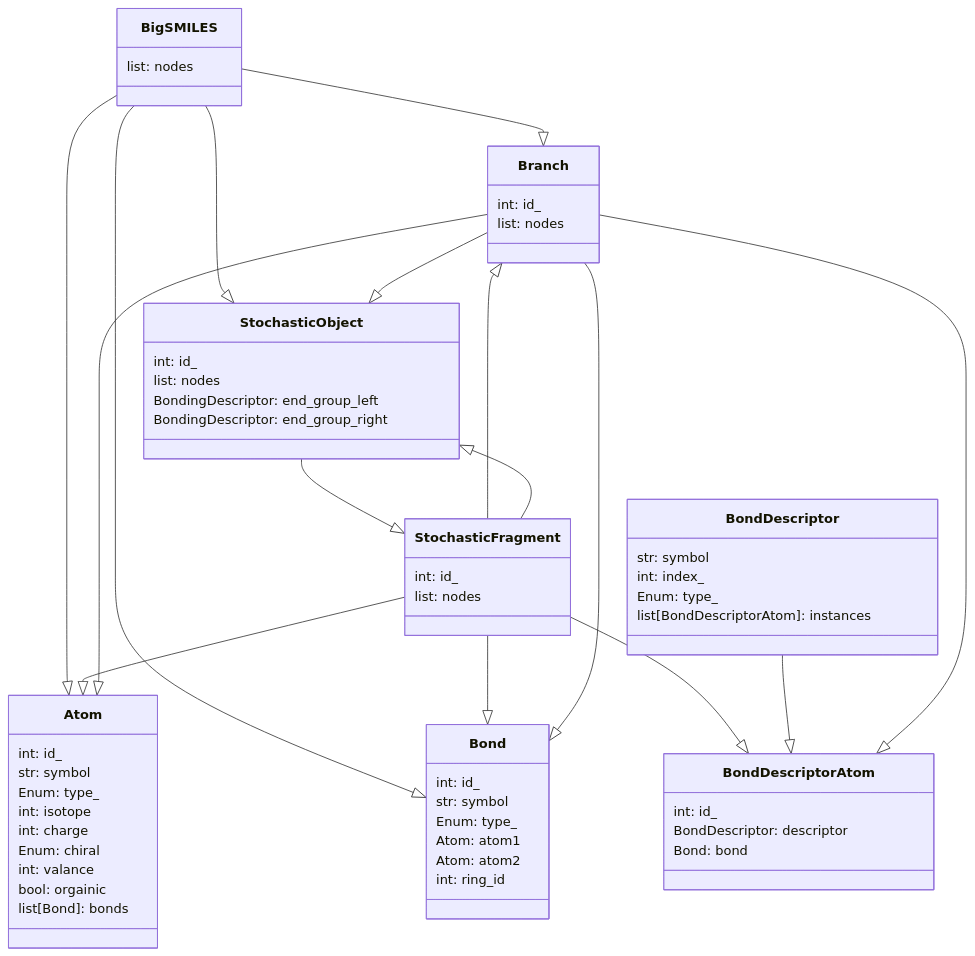
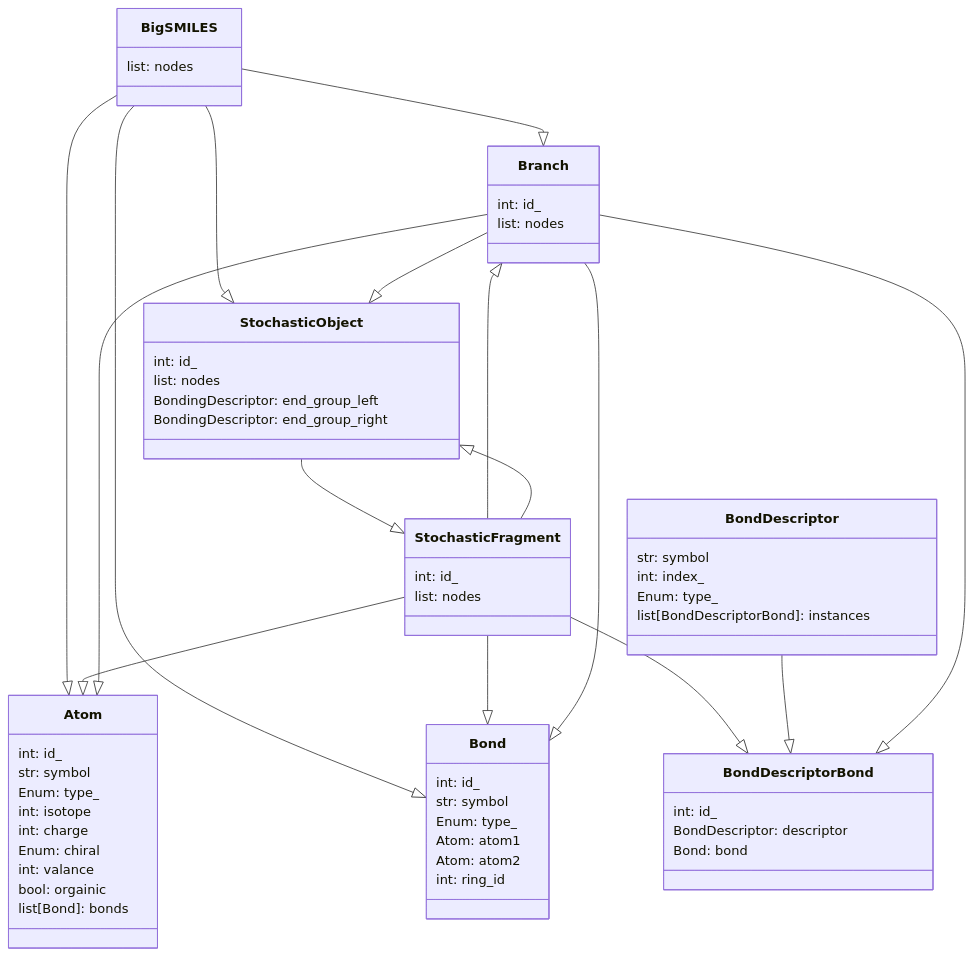
One commit to dylanwal/BigSMILES changed the diagram in README.md. Above: the diagram before and after it, drawn with Mermaid. The commit also changed other lines of this file and 7 other files, not shown here.

Commit message:
bond descriptor atom to bond

````diff
--- a/README.md
+++ b/README.md
@@ -95,81 +95,81 @@
 ```mermaid
 classDiagram
 
     class BigSMILES {
         list: nodes
     }
     
     
     class StochasticObject {
         int: id_
         list: nodes
         BondingDescriptor: end_group_left
         BondingDescriptor: end_group_right
     }
     
     
     class StochasticFragment {
         int: id_
         list: nodes
     }
     
     
     class Branch {
         int: id_
         list: nodes
     }
     
     
-    class BondDescriptorAtom {
+    class BondDescriptorBond {
         int: id_
         BondDescriptor: descriptor
         Bond: bond
     }
     
     
     class BondDescriptor {
         str: symbol
         int: index_
         Enum: type_
-        list[BondDescriptorAtom]: instances
+        list[BondDescriptorBond]: instances
     }
 
     
     class Bond {
         int: id_
         str: symbol
         Enum: type_
         Atom: atom1
         Atom: atom2
         int: ring_id
     }
     
     class Atom {
         int: id_
         str: symbol
         Enum: type_
         int: isotope
         int: charge
         Enum: chiral
         int: valance
         bool: orgainic
         list[Bond]: bonds
     }
 
     BigSMILES --|> Atom
     BigSMILES --|> Bond
     BigSMILES --|> Branch
     BigSMILES --|> StochasticObject
     StochasticObject --|> StochasticFragment
-    StochasticFragment --|> BondDescriptorAtom
-    BondDescriptor --|> BondDescriptorAtom
+    StochasticFragment --|> BondDescriptorBond
+    BondDescriptor --|> BondDescriptorBond
     StochasticFragment --|> Atom
     StochasticFragment --|> Bond
     StochasticFragment --|> Branch
     StochasticFragment --|> StochasticObject
-    Branch --|> BondDescriptorAtom
+    Branch --|> BondDescriptorBond
     Branch --|> StochasticObject
     Branch --|> Bond
     Branch --|> Atom
     
 ```
````
